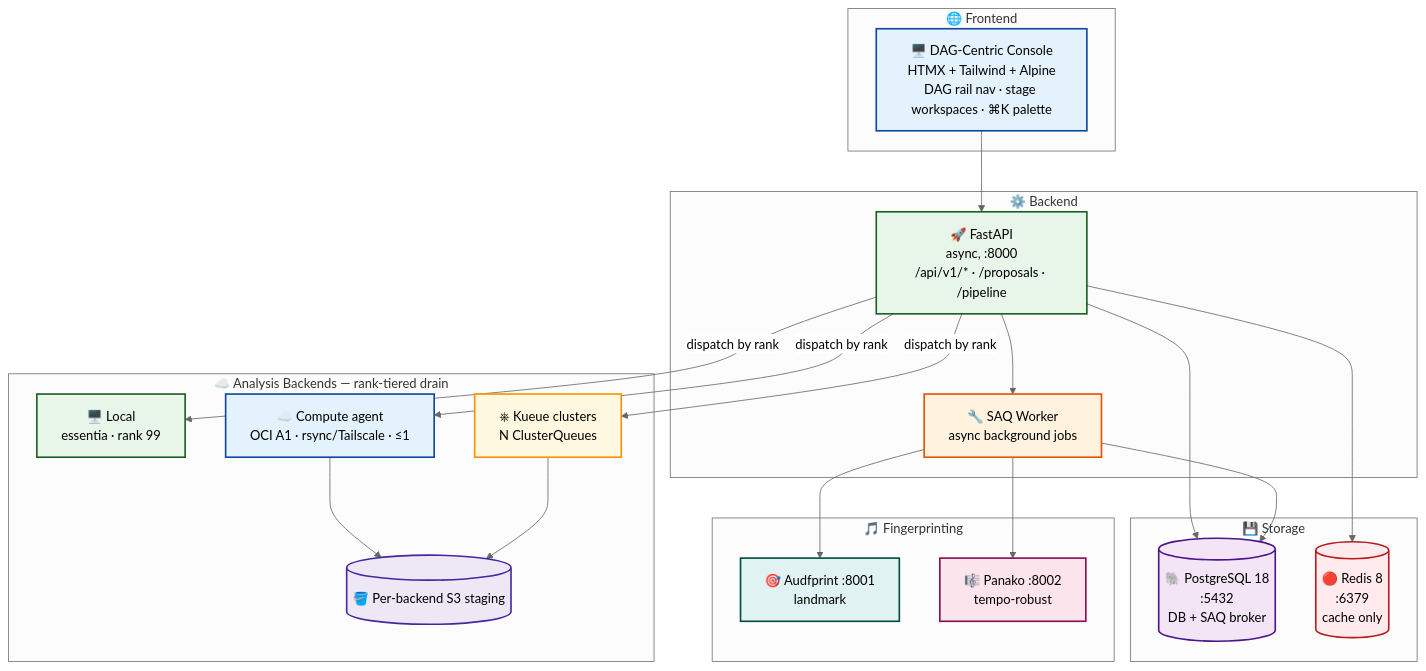
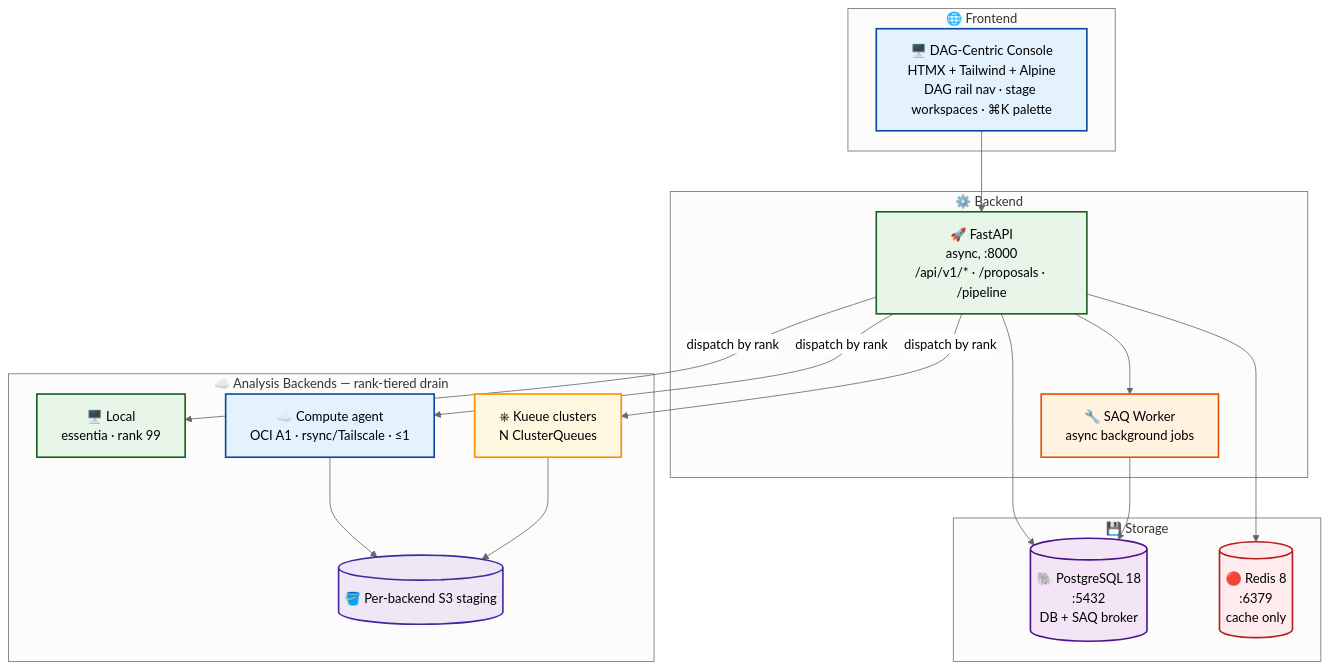
The first of 2 diagrams in README.md (SimplicityGuy/phaze), drawn with Mermaid (neutral theme) before and after one commit. The commit also changed other lines of this file and 14 other files, not shown here.

````diff
--- a/README.md
+++ b/README.md
@@ -105,54 +102,45 @@
 ```mermaid
 graph TD
     subgraph Frontend ["🌐 Frontend"]
         UI["🖥️ DAG-Centric Console<br/>HTMX + Tailwind + Alpine<br/>DAG rail nav · stage workspaces · ⌘K palette"]
     end
 
     subgraph Backend ["⚙️ Backend"]
         API["🚀 FastAPI<br/>async, :8000<br/>/api/v1/* · /proposals · /pipeline"]
         WORKER["🔧 SAQ Worker<br/>async background jobs"]
     end
 
     subgraph Storage ["💾 Storage"]
         PG[("🐘 PostgreSQL 18<br/>:5432<br/>DB + SAQ broker")]
         REDIS[("🔴 Redis 8<br/>:6379<br/>cache only")]
     end
 
-    subgraph Fingerprint ["🎵 Fingerprinting"]
-        AUD["🎯 Audfprint :8001<br/>landmark"]
-        PAN["🎼 Panako :8002<br/>tempo-robust"]
-    end
-
     subgraph Backends ["☁️ Analysis Backends — rank-tiered drain"]
         LOCAL["🖥️ Local<br/>essentia · rank 99"]
         COMPUTE["☁️ Compute agent<br/>OCI A1 · rsync/Tailscale · ≤1"]
         KUEUE["⎈ Kueue clusters<br/>N ClusterQueues"]
         S3[("🪣 Per-backend S3 staging")]
     end
 
     UI --> API
     API --> PG
     API --> REDIS
     API --> WORKER
-    WORKER --> AUD
-    WORKER --> PAN
     WORKER --> PG
 
     API -->|dispatch by rank| LOCAL
     API -->|dispatch by rank| COMPUTE
     API -->|dispatch by rank| KUEUE
     COMPUTE --> S3
     KUEUE --> S3
 
     style UI fill:#e3f2fd,stroke:#0d47a1,stroke-width:2px
     style API fill:#e8f5e9,stroke:#1b5e20,stroke-width:2px
     style WORKER fill:#fff3e0,stroke:#e65100,stroke-width:2px
     style PG fill:#f3e5f5,stroke:#4a148c,stroke-width:2px
     style REDIS fill:#ffebee,stroke:#b71c1c,stroke-width:2px
-    style AUD fill:#e0f2f1,stroke:#004d40,stroke-width:2px
-    style PAN fill:#fce4ec,stroke:#880e4f,stroke-width:2px
     style LOCAL fill:#e8f5e9,stroke:#1b5e20,stroke-width:2px
     style COMPUTE fill:#e3f2fd,stroke:#0d47a1,stroke-width:2px
     style KUEUE fill:#fff8e1,stroke:#ff8f00,stroke-width:2px
     style S3 fill:#ede7f6,stroke:#4527a0,stroke-width:2px
 ```
````
